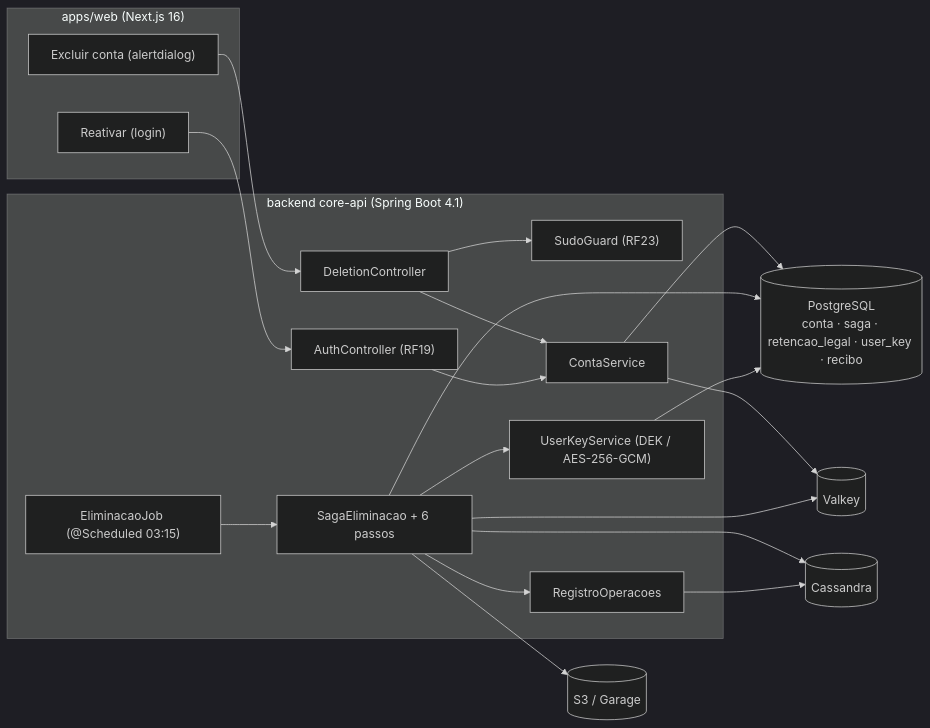
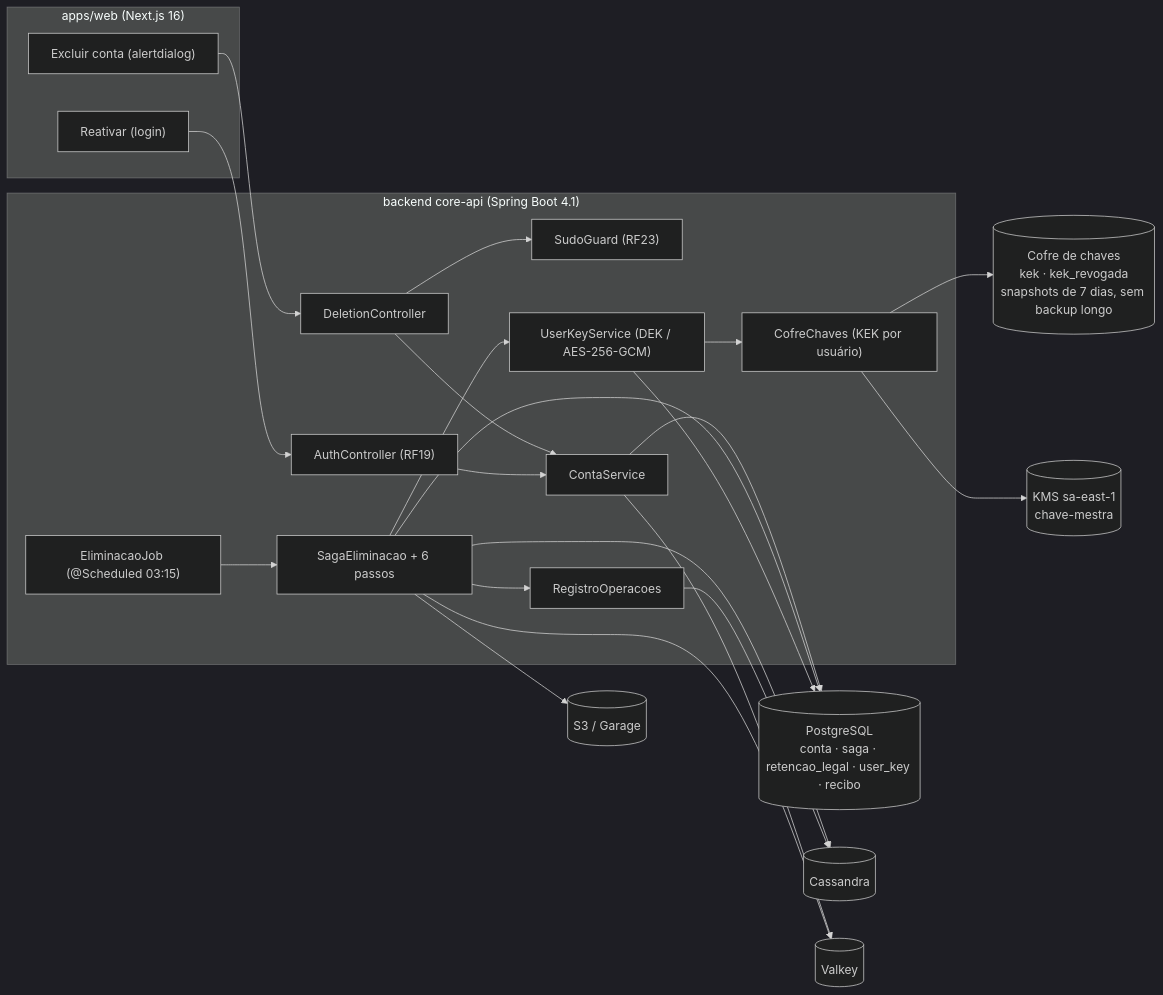
One commit to MatheusHaliski/CivilConstructorAI changed the sixth of 6 diagrams in docs/rf/RF26-exclusao-conta-carencia.md. Above: the diagram before and after it, drawn with Mermaid (dark theme). The commit also changed other lines of this file and 5 other files, not shown here.

First line of the commit message:
docs: envoltória como verificação de conclusão, KEK por usuário fora do backup do banco e senha do ZIP gerada pelo job

````diff
--- a/docs/rf/RF26-exclusao-conta-carencia.md
+++ b/docs/rf/RF26-exclusao-conta-carencia.md
@@ -322,33 +342,38 @@
 ```mermaid
 flowchart LR
   subgraph WEB["apps/web (Next.js 16)"]
     EX["Excluir conta (alertdialog)"]
     RA["Reativar (login)"]
   end
   subgraph CORE["backend core-api (Spring Boot 4.1)"]
     DC["DeletionController"]
     AC["AuthController (RF19)"]
     SG["SudoGuard (RF23)"]
     CS["ContaService"]
     JB["EliminacaoJob (@Scheduled 03:15)"]
     SA["SagaEliminacao + 6 passos"]
     KM["UserKeyService (DEK / AES-256-GCM)"]
+    KC["CofreChaves (KEK por usuário)"]
     RG["RegistroOperacoes"]
   end
   DB[("PostgreSQL<br/>conta · saga · retencao_legal · user_key · recibo")]
+  KS[("Cofre de chaves<br/>kek · kek_revogada<br/>snapshots de 7 dias, sem backup longo")]
+  KMS[("KMS sa-east-1<br/>chave-mestra")]
+  KM --> KC --> KS
+  KC --> KMS
   S3[("S3 / Garage")]
   CA[("Cassandra")]
   VK[("Valkey")]
   EX --> DC --> SG
   DC --> CS
   RA --> AC --> CS
   CS --> DB
   CS --> VK
   JB --> SA
   SA --> DB
   SA --> S3
   SA --> CA
   SA --> VK
   SA --> KM --> DB
   SA --> RG --> CA
 ```
````
